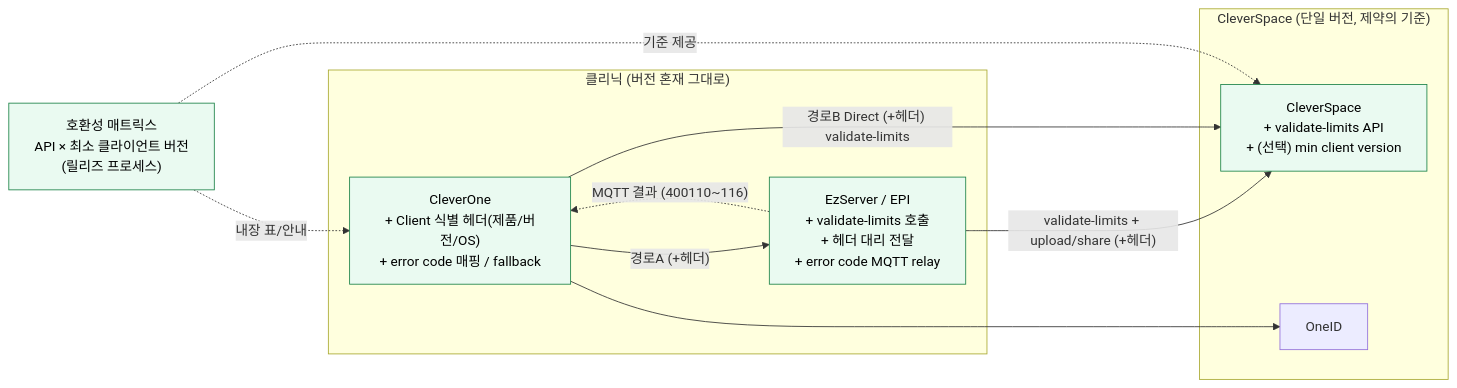
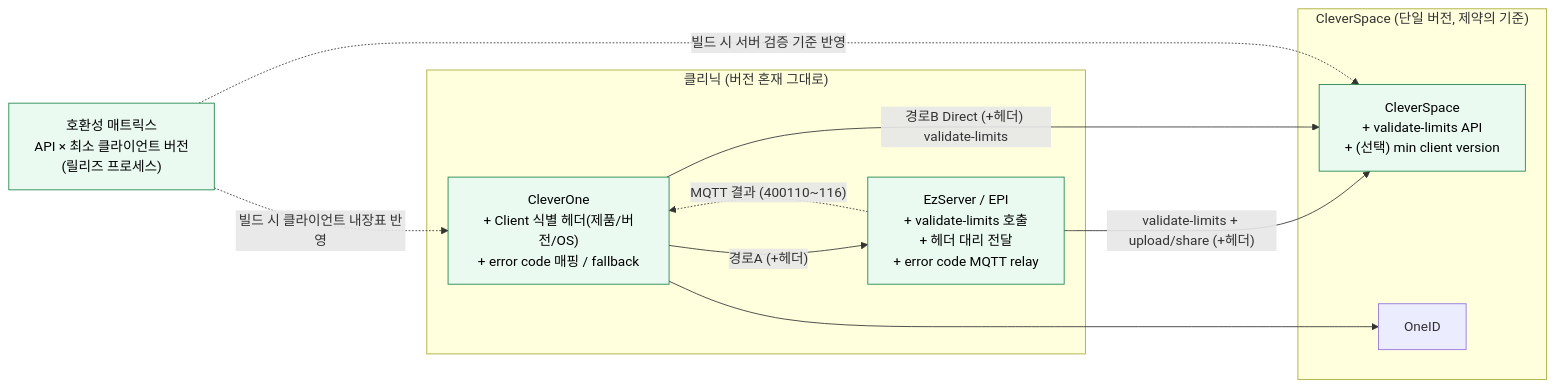
Before and after one commit to gracegyu/scp-architecture: the fourth of 7 diagrams in docs/CleverAPI호환성체크/API호환성_방안비교_보고서.md, drawn with Mermaid. The commit also changed other lines of this file, not shown here.

````diff
--- a/docs/CleverAPI호환성체크/API호환성_방안비교_보고서.md
+++ b/docs/CleverAPI호환성체크/API호환성_방안비교_보고서.md
@@ -349,23 +350,23 @@
 ```mermaid
 flowchart LR
     subgraph CLINIC["클리닉 (버전 혼재 그대로)"]
         CO["CleverOne<br/>+ Client 식별 헤더(제품/버전/OS)<br/>+ error code 매핑 / fallback"]
         EPI["EzServer / EPI<br/>+ validate-limits 호출<br/>+ 헤더 대리 전달<br/>+ error code MQTT relay"]
     end
     subgraph CLOUD["CleverSpace (단일 버전, 제약의 기준)"]
         CS["CleverSpace<br/>+ validate-limits API<br/>+ (선택) min client version"]
         OID["OneID"]
     end
     MTX["호환성 매트릭스<br/>API × 최소 클라이언트 버전<br/>(릴리즈 프로세스)"]
 
     CO -->|"경로A (+헤더)"| EPI
     EPI -->|"validate-limits + upload/share (+헤더)"| CS
     EPI -.->|"MQTT 결과 (400110~116)"| CO
     CO -->|"경로B Direct (+헤더) validate-limits"| CS
     CO --> OID
-    MTX -.->|"기준 제공"| CS
-    MTX -.->|"내장 표/안내"| CO
+    MTX -.->|"빌드 시 서버 검증 기준 반영"| CS
+    MTX -.->|"빌드 시 클라이언트 내장표 반영"| CO
 
     classDef new fill:#eafaf1,stroke:#1e8449,color:#000;
     class CO,EPI,CS,MTX new;
 ```
````
